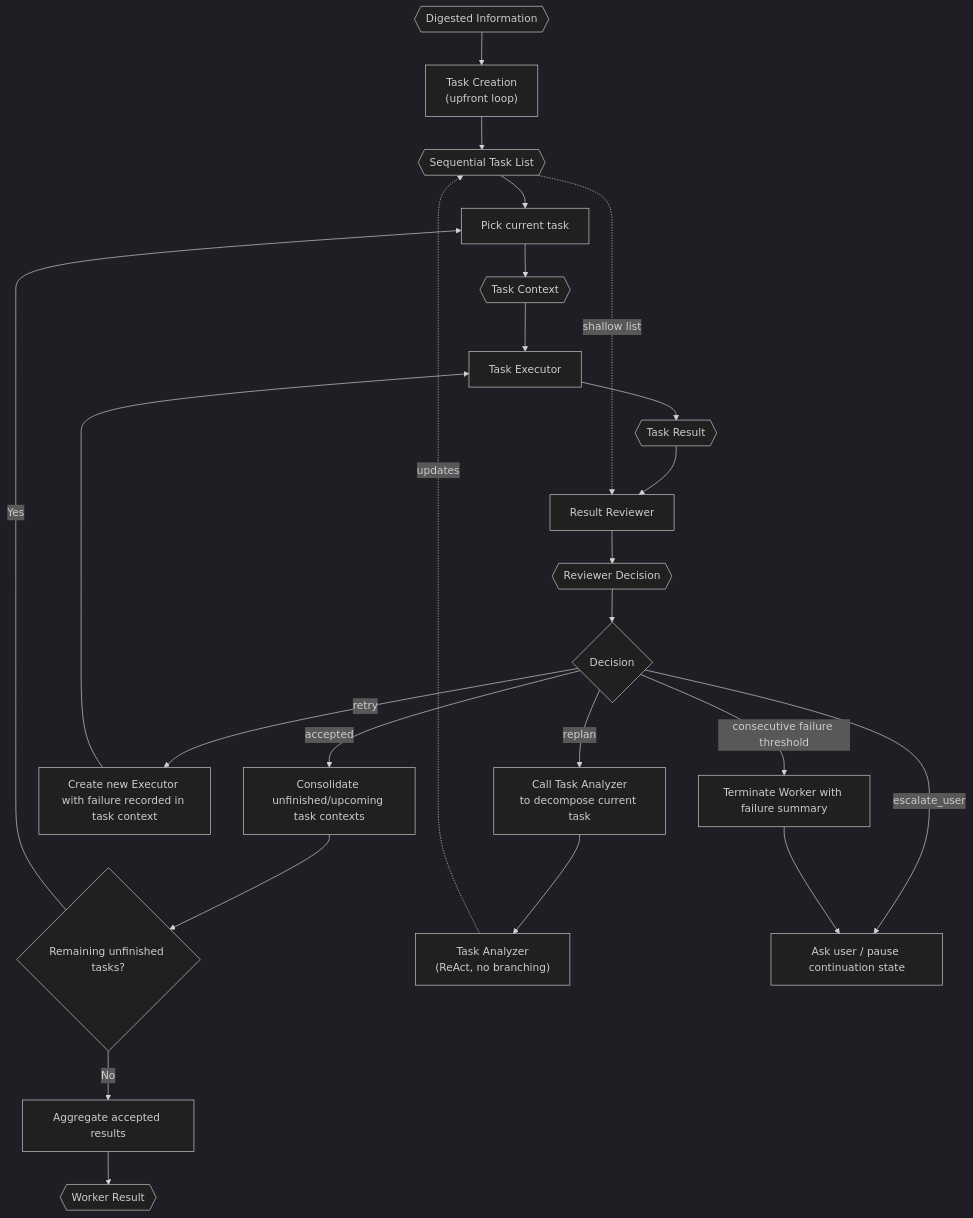
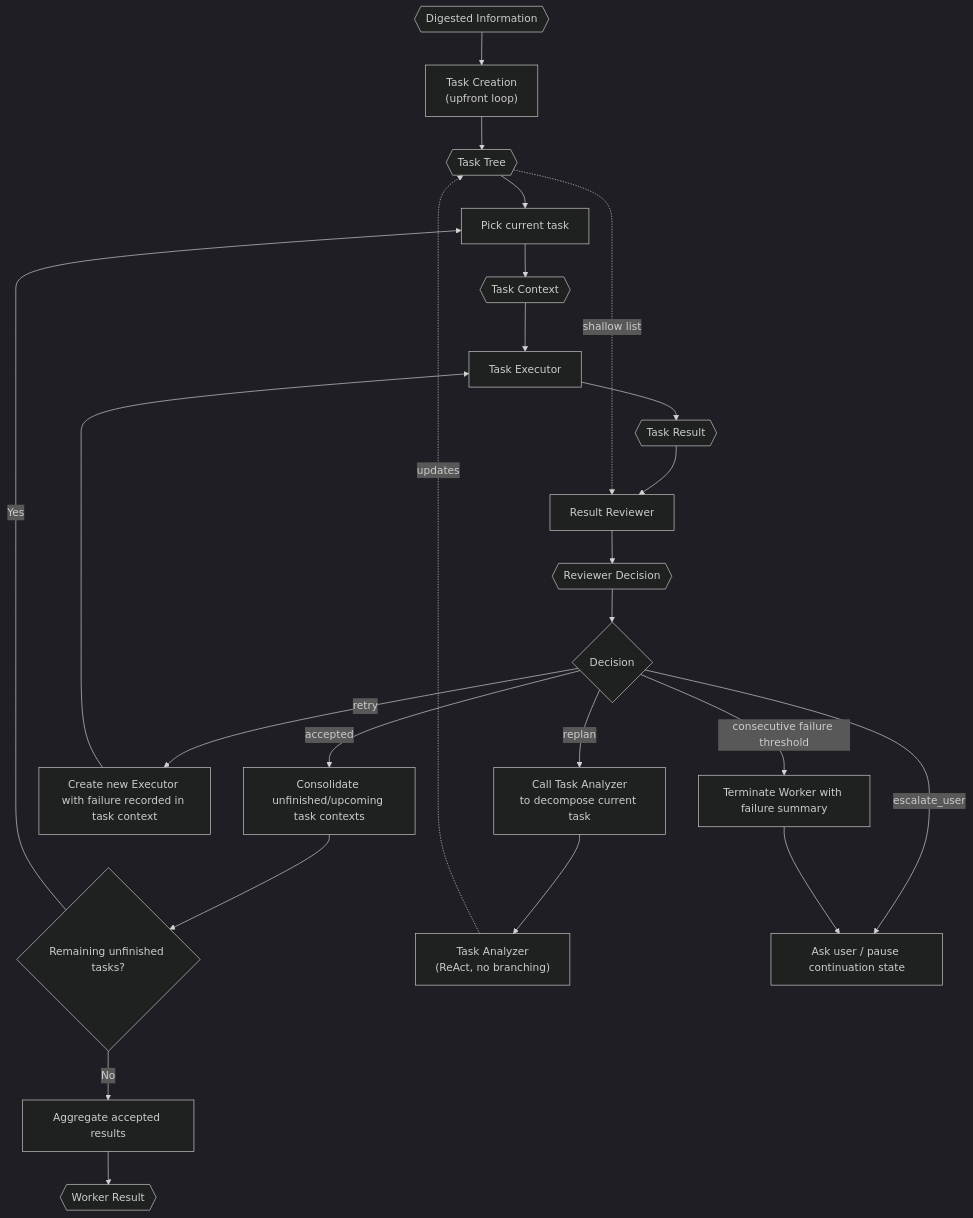
The diagram in src/tinycua/docs/architecture/worker-orchestration.md (VJyzCELERY/TINYCUA), drawn with Mermaid (dark theme) before and after one commit. The commit also changed 6 other files, not shown here.

First line of the commit message:
docs(tinycua): update architecture docs to reference Task Tree consistently

````diff
--- a/src/tinycua/docs/architecture/worker-orchestration.md
+++ b/src/tinycua/docs/architecture/worker-orchestration.md
@@ -53,46 +53,46 @@
 ```mermaid
 flowchart TD
     DI{{"Digested Information"}}
     TCR["Task Creation\n(upfront loop)"]
-    TL{{"Sequential Task List"}}
+    TL{{"Task Tree"}}
     PICK["Pick current task"]
     TC{{"Task Context"}}
     TE["Task Executor"]
     TRS{{"Task Result"}}
     RV["Result Reviewer"]
     DEC{{"Reviewer Decision"}}
     NEXT{"Decision"}
     UPDATE["Consolidate unfinished/upcoming task contexts"]
     REMAIN{"Remaining unfinished tasks?"}
     RETRY["Create new Executor with failure recorded in task context"]
     REPLAN["Call Task Analyzer\nto decompose current task"]
     TA["Task Analyzer\n(ReAct, no branching)"]
     ASK["Ask user / pause continuation state"]
     FAIL_TERM["Terminate Worker with failure summary"]
     AGG["Aggregate accepted results"]
     WR{{"Worker Result"}}
 
     DI --> TCR
     TCR --> TL
     TL --> PICK
     PICK --> TC
     TC --> TE
     TE --> TRS
     TRS --> RV
     TL -. "shallow list" .-> RV
     RV --> DEC
     DEC --> NEXT
     NEXT -->|accepted| UPDATE
     UPDATE --> REMAIN
     REMAIN -->|Yes| PICK
     REMAIN -->|No| AGG
     NEXT -->|retry| RETRY
     RETRY --> TE
     NEXT -->|replan| REPLAN
     REPLAN --> TA
     TA -. "updates" .-> TL
     NEXT -->|escalate_user| ASK
     NEXT -->|consecutive failure threshold| FAIL_TERM
     FAIL_TERM --> ASK
     AGG --> WR
 ```
````
